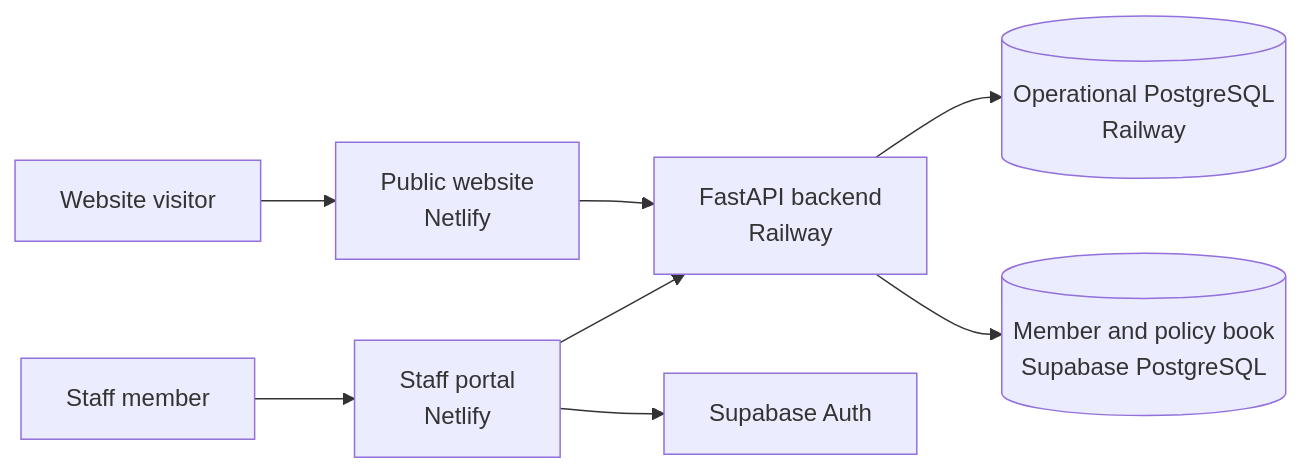
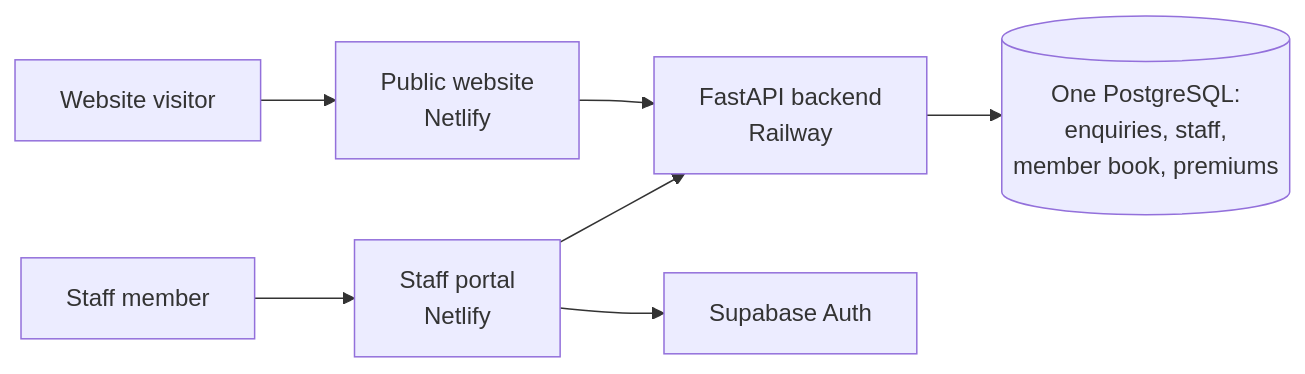
Before and after one commit to OGwala18/FuneralHome: the diagram in docs/railway-backend-deployment.md, drawn with Mermaid. The commit also changed other lines of this file and 2 other files, not shown here.

Commit message:
docs: record the one-database decision, enrolment and the premium schedule

````diff
--- a/docs/railway-backend-deployment.md
+++ b/docs/railway-backend-deployment.md
@@ -25,10 +25,9 @@
 ```mermaid
 flowchart LR
     Visitor[Website visitor] --> Web[Public website<br/>Netlify]
     Staff[Staff member] --> Portal[Staff portal<br/>Netlify]
     Web --> API[FastAPI backend<br/>Railway]
     Portal --> API
     Portal --> Auth[Supabase Auth]
-    API --> OpsDB[(Operational PostgreSQL<br/>Railway)]
-    API --> MemberDB[(Member and policy book<br/>Supabase PostgreSQL)]
+    API --> DB[(One PostgreSQL:<br/>enquiries, staff,<br/>member book, premiums)]
 ```
````
